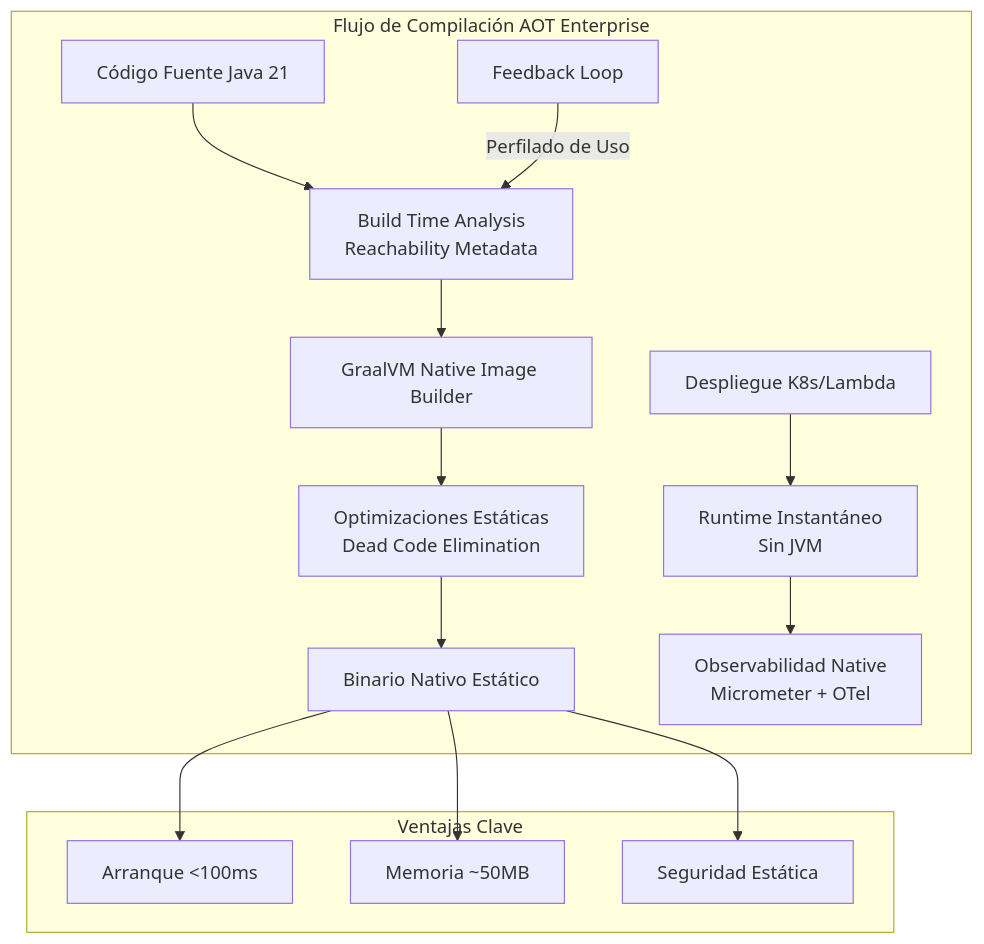
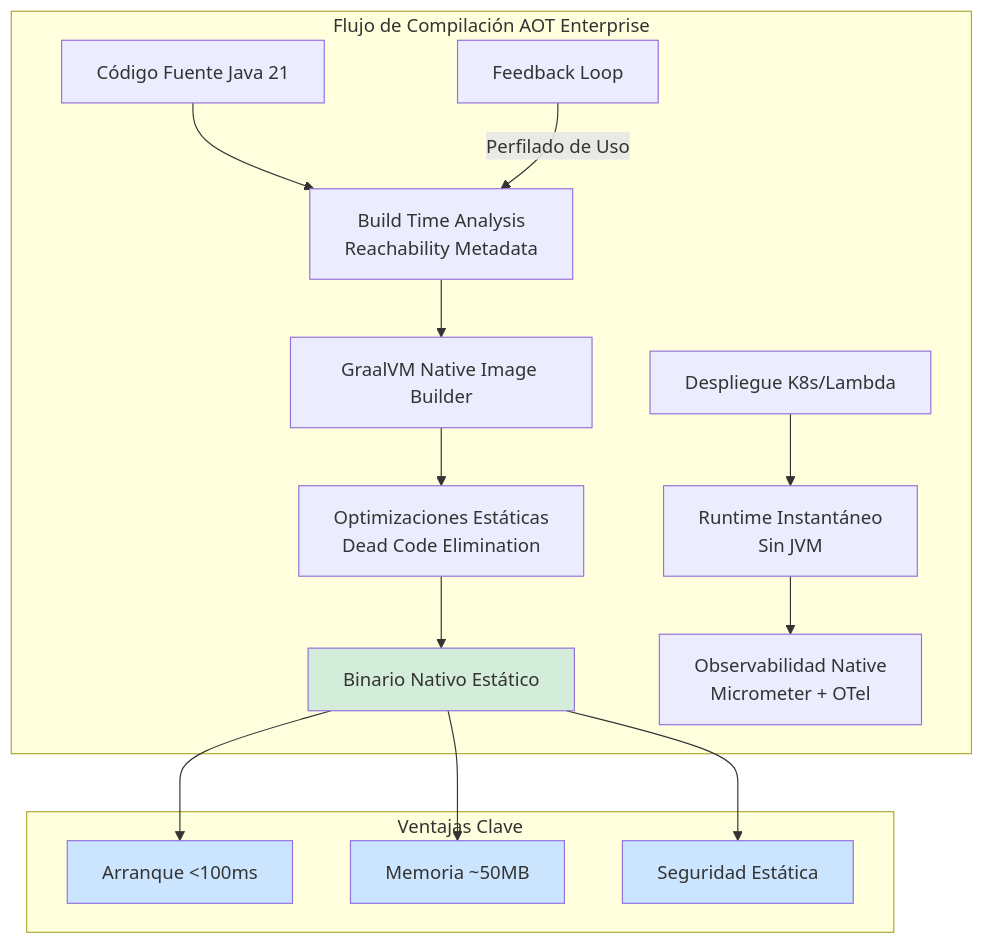
The first of 3 diagrams in 10_Vanguardia/graalvm_native_image_compilacion_aot_java_21_STAFF.md (Joaquinriosheredia/DAM-Java-Mastery), drawn with Mermaid before and after one commit. The commit also changed other lines of this file, not shown here.

Commit message:
graalvm_native_image_compilacion_aot_java_21_STAFF.md

````diff
--- a/10_Vanguardia/graalvm_native_image_compilacion_aot_java_21_STAFF.md
+++ b/10_Vanguardia/graalvm_native_image_compilacion_aot_java_21_STAFF.md
@@ -42,20 +71,25 @@
 ```mermaid
 graph TD
     subgraph "Flujo de Compilación AOT Enterprise"
-        SRC[Código Fuente Java 21] --> BUILD[Build Time Analysis<br>Reachability Metadata]
+        SRC[Código Fuente Java 21] --> BUILD[Build Time Analysis<br/>Reachability Metadata]
         BUILD --> AOT[GraalVM Native Image Builder]
-        AOT --> OPT[Optimizaciones Estáticas<br>Dead Code Elimination]
+        AOT --> OPT[Optimizaciones Estáticas<br/>Dead Code Elimination]
         OPT --> BIN[Binario Nativo Estático]
         
-        DEPLOY[Despliegue K8s/Lambda] --> RUN[Runtime Instantáneo<br>Sin JVM]
-        RUN --> MON[Observabilidad Native<br>Micrometer + OTel]
+        DEPLOY[Despliegue K8s/Lambda] --> RUN[Runtime Instantáneo<br/>Sin JVM]
+        RUN --> MON[Observabilidad Native<br/>Micrometer + OTel]
         
         FEEDBACK[Feedback Loop] -->|Perfilado de Uso| BUILD
     end
     
     subgraph "Ventajas Clave"
         BIN --> FAST[Arranque <100ms]
         BIN --> SMALL[Memoria ~50MB]
         BIN --> SEC[Seguridad Estática]
     end
+    
+    style BIN fill:#d4edda
+    style FAST fill:#cce5ff
+    style SMALL fill:#cce5ff
+    style SEC fill:#cce5ff
 ```
````
